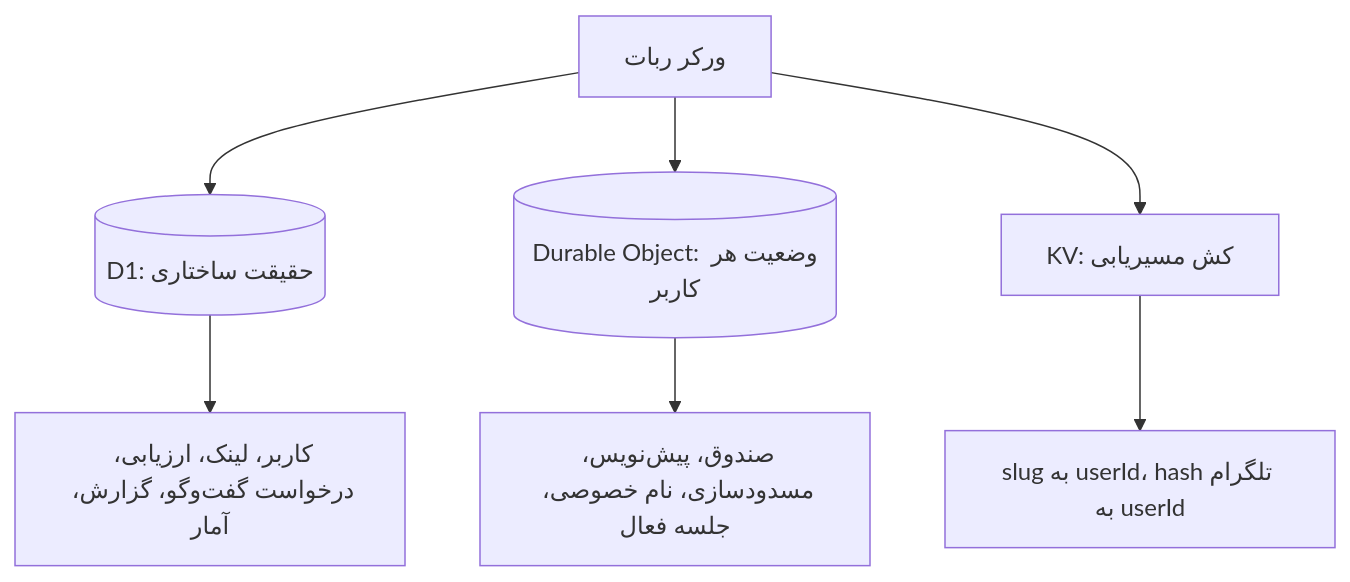
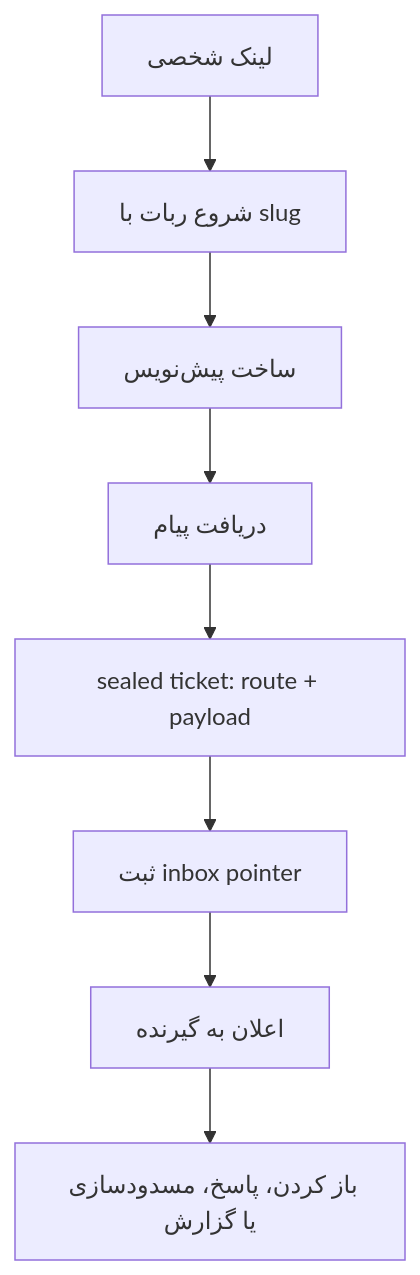
One commit to mohetios/mohetios.dev changed the second of 10 diagrams in content/fa/lab/nekonymous-anonymous-messaging-technical-lab.md. Above: the diagram before and after it, drawn with Mermaid. The commit also changed other lines of this file and 4 other files, not shown here.

First line of the commit message:
Align Nekonymous lab and blog with V1 architecture and terminology.

````diff
--- a/content/fa/lab/nekonymous-anonymous-messaging-technical-lab.md
+++ b/content/fa/lab/nekonymous-anonymous-messaging-technical-lab.md
@@ -169,10 +126,10 @@
 ```mermaid
 flowchart TD
-  W[ورکر ربات] --> D1[(D1: حقیقت ساختاری)]
-  W --> DO[(Durable Object: وضعیت هر کاربر)]
-  W --> KV[KV: کش مسیر‌یابی]
-
-  D1 --> D1Data[کاربر، لینک، ارزیابی، درخواست گفت‌وگو، گزارش، آمار]
-  DO --> DOData[صندوق، پیش‌نویس، مسدودسازی، نام خصوصی، جلسه فعال]
-  KV --> KVData[slug به userId، hash تلگرام به userId]
+  Link[لینک شخصی] --> Start[شروع ربات با slug]
+  Start --> Draft[ساخت پیش‌نویس]
+  Draft --> Message[دریافت پیام]
+  Message --> Seal[sealed ticket: route + payload]
+  Seal --> Pointer[ثبت inbox pointer]
+  Pointer --> Notify[اعلان به گیرنده]
+  Notify --> Actions[باز کردن، پاسخ، مسدودسازی یا گزارش]
 ```
````
